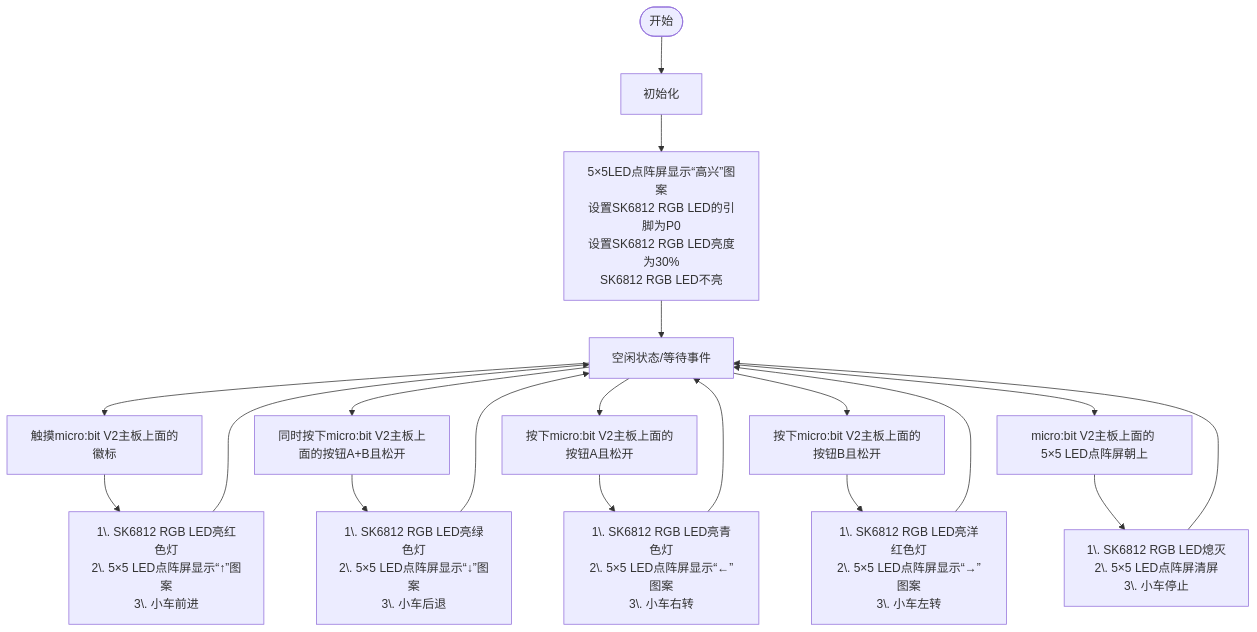
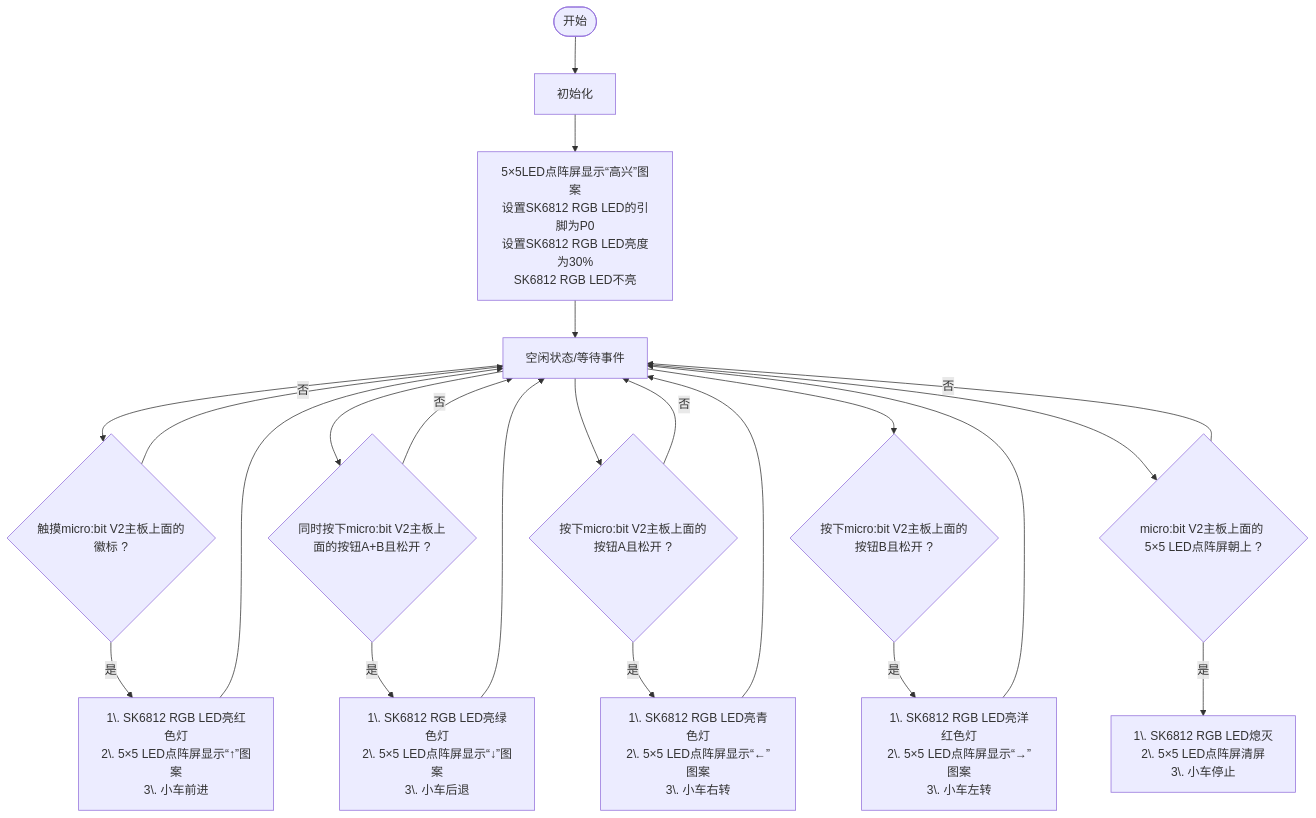
The diagram in docs/MakeCode_教程/Projects/课程01.md (keyestudio/KS0604-Keyestudio-Microbit-8-1-), drawn with Mermaid before and after one commit. The commit also changed other lines of this file and 253 other files, not shown here.

````diff
--- a/docs/MakeCode_教程/Projects/课程01.md
+++ b/docs/MakeCode_教程/Projects/课程01.md
@@ -87,29 +145,24 @@
 ```mermaid
 flowchart TD
     Start([开始]) --> OnInit1[初始化]
-
     OnInit1 --> OnInit2[5×5LED点阵屏显示“高兴”图案<br>设置SK6812 RGB LED的引脚为P0<br>设置SK6812 RGB LED亮度为30%<br>SK6812 RGB LED不亮]
-
     OnInit2 --> IdleState[空闲状态/等待事件]  
-
-    IdleState --> EventMouse[触摸micro:bit V2主板上面的徽标]
-    IdleState --> EventBtnAB[同时按下micro:bit V2主板上面的按钮A+B且松开]
-    IdleState --> EventBtnA[按下micro:bit V2主板上面的按钮A且松开]
-    IdleState --> EventBtnB[按下micro:bit V2主板上面的按钮B且松开]
-    IdleState --> EventScreenUp[micro:bit V2主板上面的 5×5 LED点阵屏朝上]
-
-    EventMouse --> MouseAction[1\. SK6812 RGB LED亮红色灯<br>2\. 5×5 LED点阵屏显示“↑”图案<br>3\. 小车前进]
+    IdleState --> EventMouse{触摸micro:bit V2主板上面的徽标 ?}
+    IdleState --> EventBtnAB{同时按下micro:bit V2主板上面的按钮A+B且松开 ?}
+    IdleState --> EventBtnA{按下micro:bit V2主板上面的按钮A且松开 ?}
+    IdleState --> EventBtnB{按下micro:bit V2主板上面的按钮B且松开 ?}
+    IdleState --> EventScreenUp{micro:bit V2主板上面的 5×5 LED点阵屏朝上 ?}
+    EventMouse -->|否| IdleState
+    EventMouse -->|是| MouseAction[1\. SK6812 RGB LED亮红色灯<br>2\. 5×5 LED点阵屏显示“↑”图案<br>3\. 小车前进]
     MouseAction --> IdleState
-
-    EventBtnAB --> BtnABAction[1\. SK6812 RGB LED亮绿色灯<br>2\. 5×5 LED点阵屏显示“↓”图案<br>3\. 小车后退]
+    EventBtnAB -->|否| IdleState
+    EventBtnAB -->|是| BtnABAction[1\. SK6812 RGB LED亮绿色灯<br>2\. 5×5 LED点阵屏显示“↓”图案<br>3\. 小车后退]
     BtnABAction --> IdleState 
-
-    EventBtnA --> BtnAAction[1\. SK6812 RGB LED亮青色灯<br>2\. 5×5 LED点阵屏显示“←”图案<br>3\. 小车右转]
+    EventBtnA -->|是| BtnAAction[1\. SK6812 RGB LED亮青色灯<br>2\. 5×5 LED点阵屏显示“←”图案<br>3\. 小车右转]
     BtnAAction --> IdleState 
-
-    EventBtnB --> BtnBAction[1\. SK6812 RGB LED亮洋红色灯<br>2\. 5×5 LED点阵屏显示“→”图案<br>3\. 小车左转]
+    EventBtnA -->|否| IdleState
+    EventBtnB -->|是| BtnBAction[1\. SK6812 RGB LED亮洋红色灯<br>2\. 5×5 LED点阵屏显示“→”图案<br>3\. 小车左转]
     BtnBAction --> IdleState 
-    
-    EventScreenUp --> ScreenUpAction[1\. SK6812 RGB LED熄灭<br>2\. 5×5 LED点阵屏清屏<br>3\. 小车停止]
-    ScreenUpAction --> IdleState
+    EventScreenUp -->|否| IdleState
+    EventScreenUp -->|是| ScreenUpAction[1\. SK6812 RGB LED熄灭<br>2\. 5×5 LED点阵屏清屏<br>3\. 小车停止]
 ```
````
